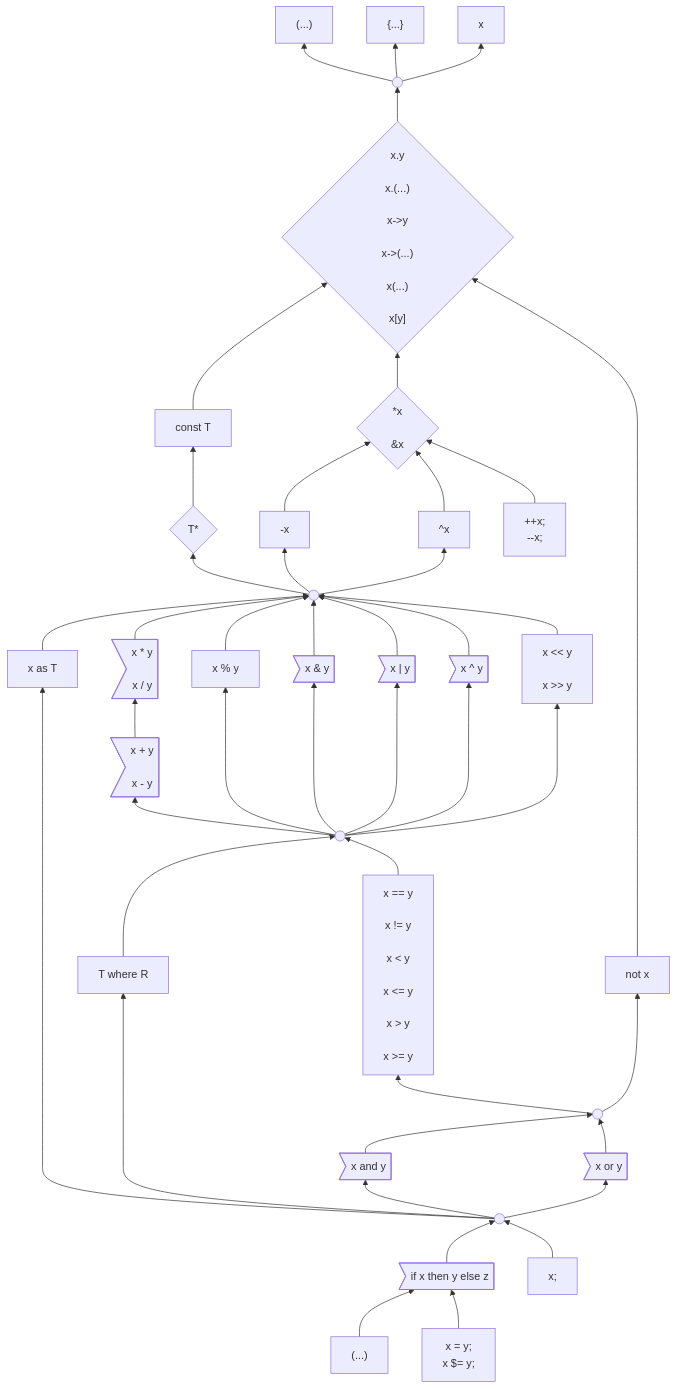
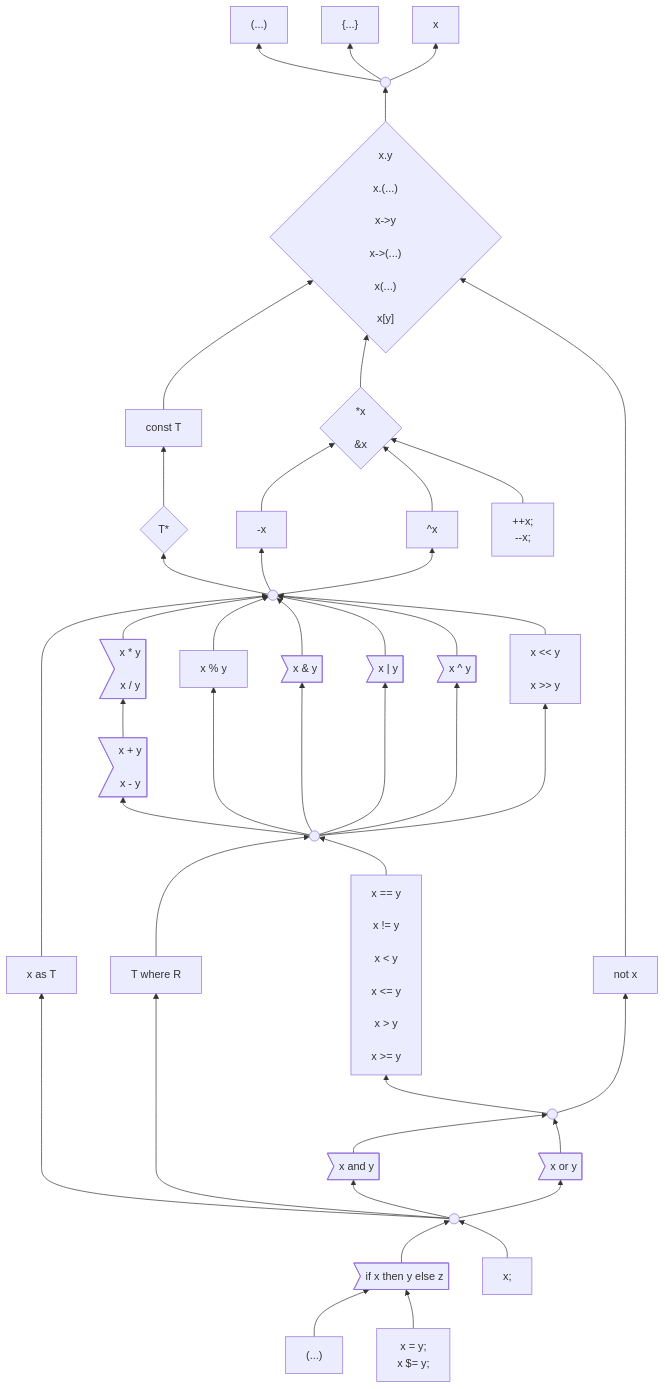
Before and after one commit to carbon-language/carbon-lang: the first of 3 diagrams in docs/design/expressions/README.md, drawn with Mermaid.

Commit message:
Checkpoint progress.

```diff
--- a/docs/design/expressions/README.md
+++ b/docs/design/expressions/README.md
@@ -168,7 +168,8 @@
     unary --> pointerType & negation & complement
     %% Use a longer arrow here to put `not` next to `and` and `or`.
     not --------> suffixOps
-    as & multiplication & modulo & bitwise_and & bitwise_or & bitwise_xor & shift --> unary
+    as -----> unary
+    multiplication & modulo & bitwise_and & bitwise_or & bitwise_xor & shift --> unary
     addition --> multiplication
     binaryOps --> addition & modulo & bitwise_and & bitwise_or & bitwise_xor & shift
     where --> binaryOps
@@ -176,7 +177,7 @@
     %% comparison ----> as
     logicalOperand --> comparison & not
     and & or --> logicalOperand
-    logicalExpression -------> as
+    logicalExpression ----> as
     logicalExpression ----> where
     logicalExpression --> and & or
     if & expressionStatement --> logicalExpression
```
